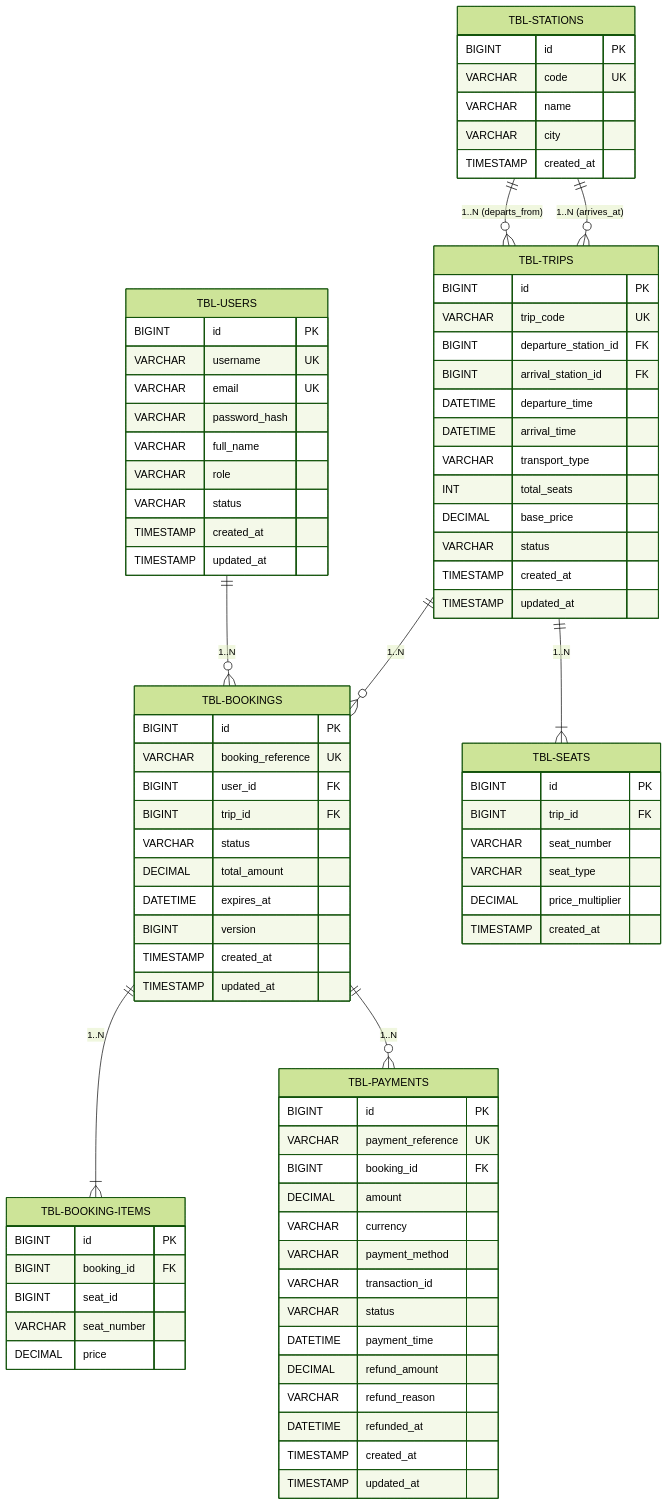
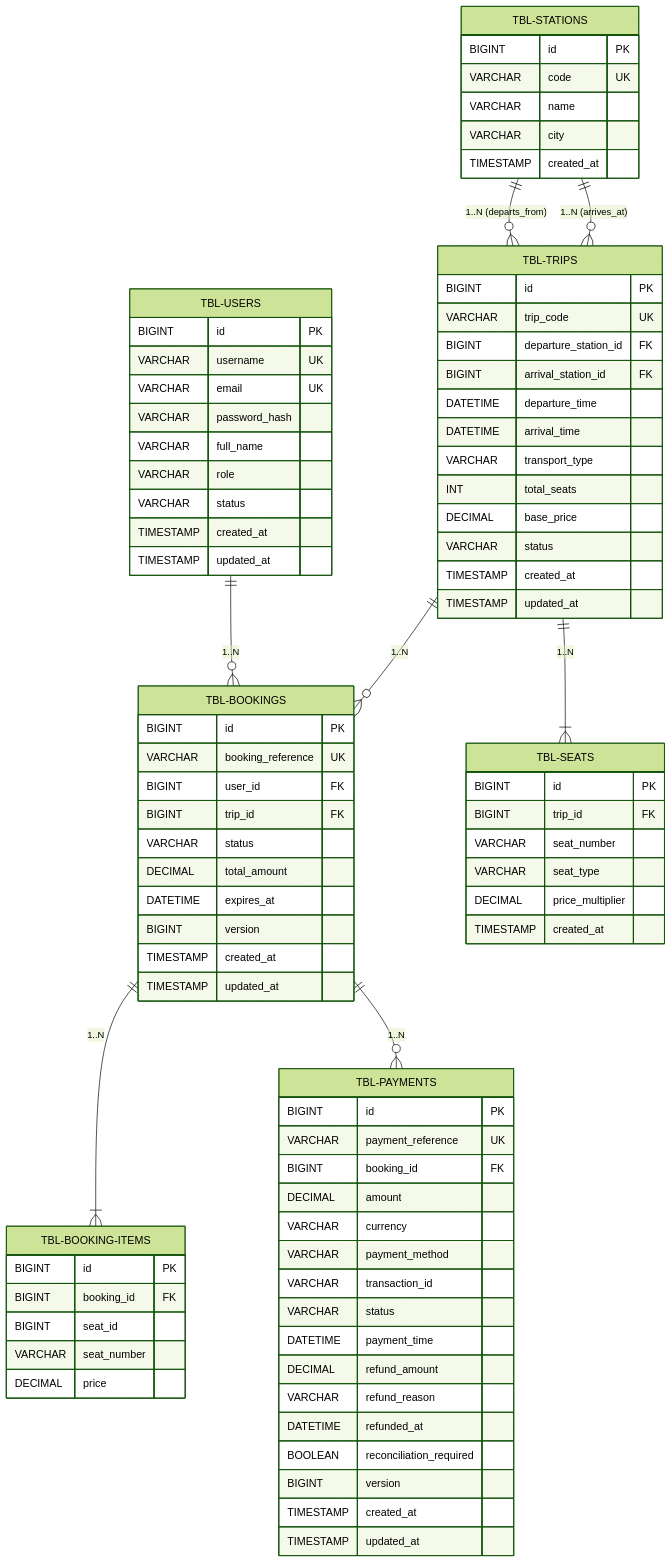
The diagram in docs/03-database-design/01.schema-and-erd.md (ahryxx0602/ticket-booking), drawn with Mermaid (forest theme) before and after one commit. The commit also changed other lines of this file and 6 other files, not shown here.

Commit message:
docs: update database schema, erd, api specifications, postman collection and traceability matrix

```diff
--- a/docs/03-database-design/01.schema-and-erd.md
+++ b/docs/03-database-design/01.schema-and-erd.md
@@ -90,6 +90,8 @@
         DECIMAL refund_amount
         VARCHAR refund_reason
         DATETIME refunded_at
+        BOOLEAN reconciliation_required
+        BIGINT version
         TIMESTAMP created_at
         TIMESTAMP updated_at
     }
```
